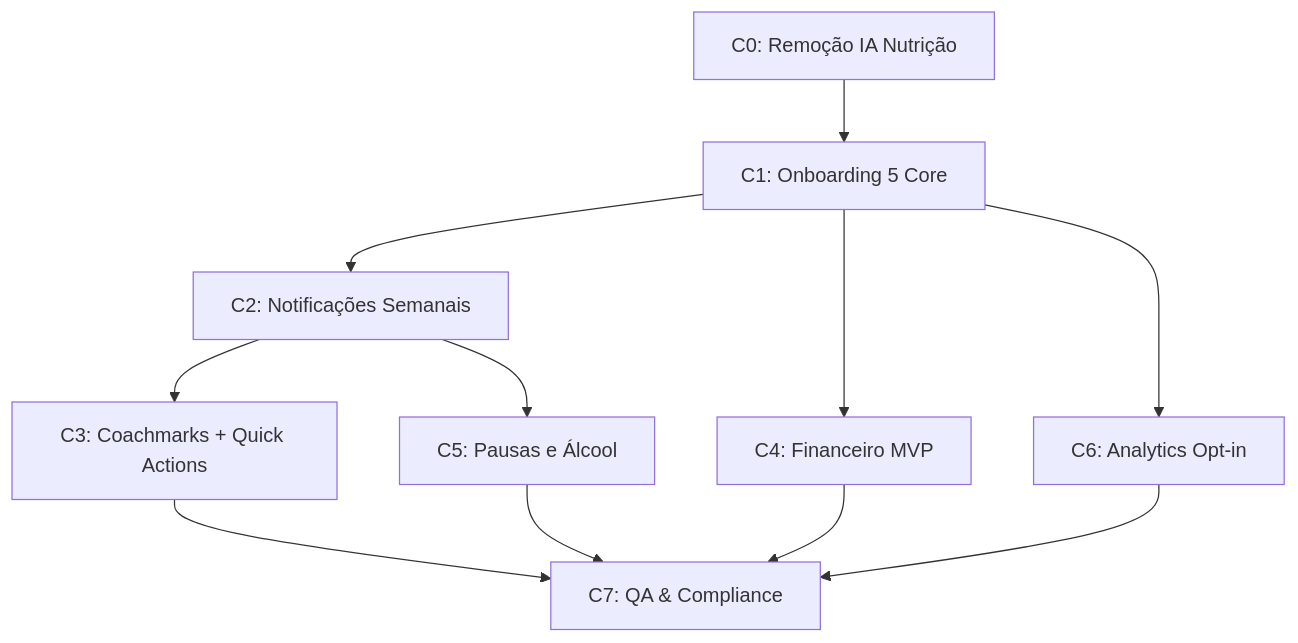
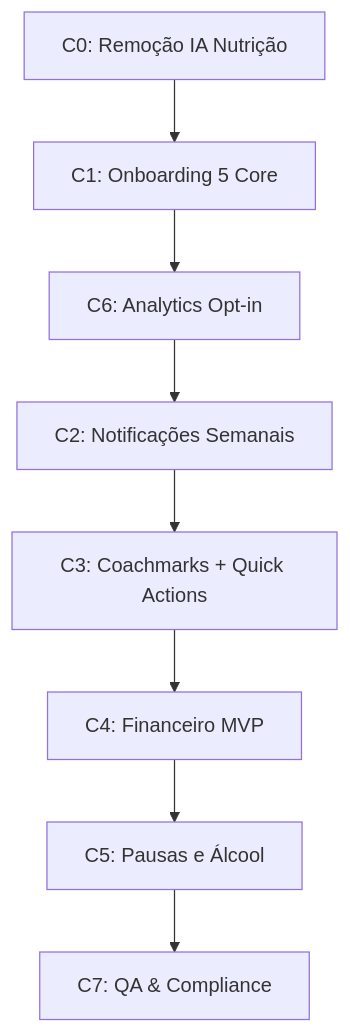
The diagram in docs/PLANEJAMENTO_REFATORACAO.md (leomeirae/Pinpoint-GLP-1), drawn with Mermaid before and after one commit. The commit also changed other lines of this file, not shown here.

````diff
--- a/docs/PLANEJAMENTO_REFATORACAO.md
+++ b/docs/PLANEJAMENTO_REFATORACAO.md
@@ -1672,13 +1672,10 @@
 ```mermaid
 graph TD
     C0[C0: Remoção IA Nutrição] --> C1[C1: Onboarding 5 Core]
-    C1 --> C2[C2: Notificações Semanais]
-    C1 --> C4[C4: Financeiro MVP]
     C1 --> C6[C6: Analytics Opt-in]
+    C6 --> C2[C2: Notificações Semanais]
     C2 --> C3[C3: Coachmarks + Quick Actions]
-    C2 --> C5[C5: Pausas e Álcool]
-    C3 --> C7[C7: QA & Compliance]
-    C4 --> C7
-    C5 --> C7
-    C6 --> C7
+    C3 --> C4[C4: Financeiro MVP]
+    C4 --> C5[C5: Pausas e Álcool]
+    C5 --> C7[C7: QA & Compliance]
 ```
````
